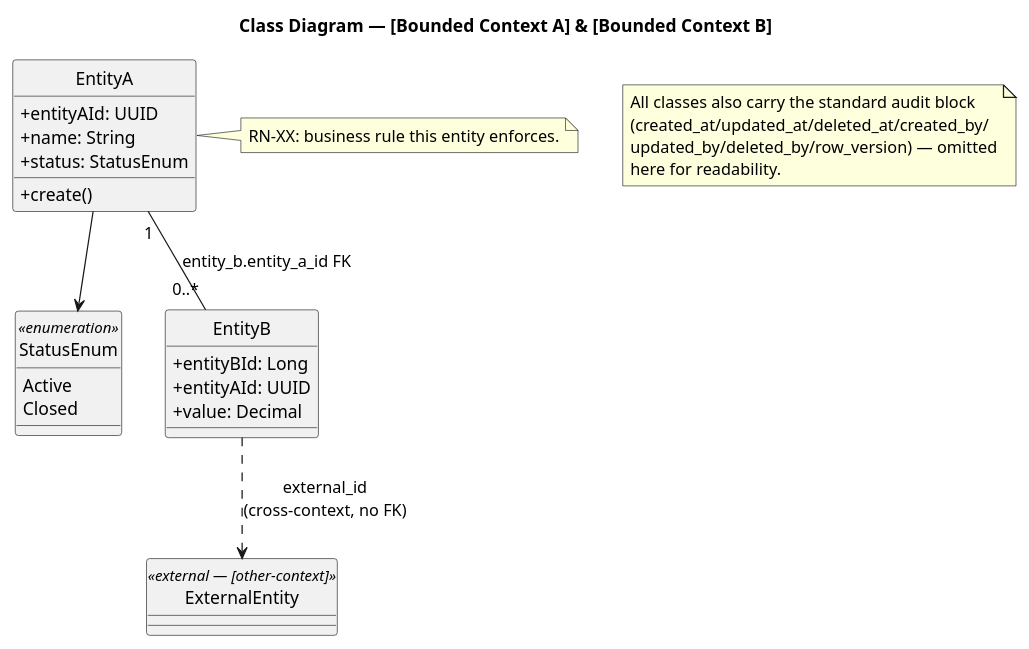
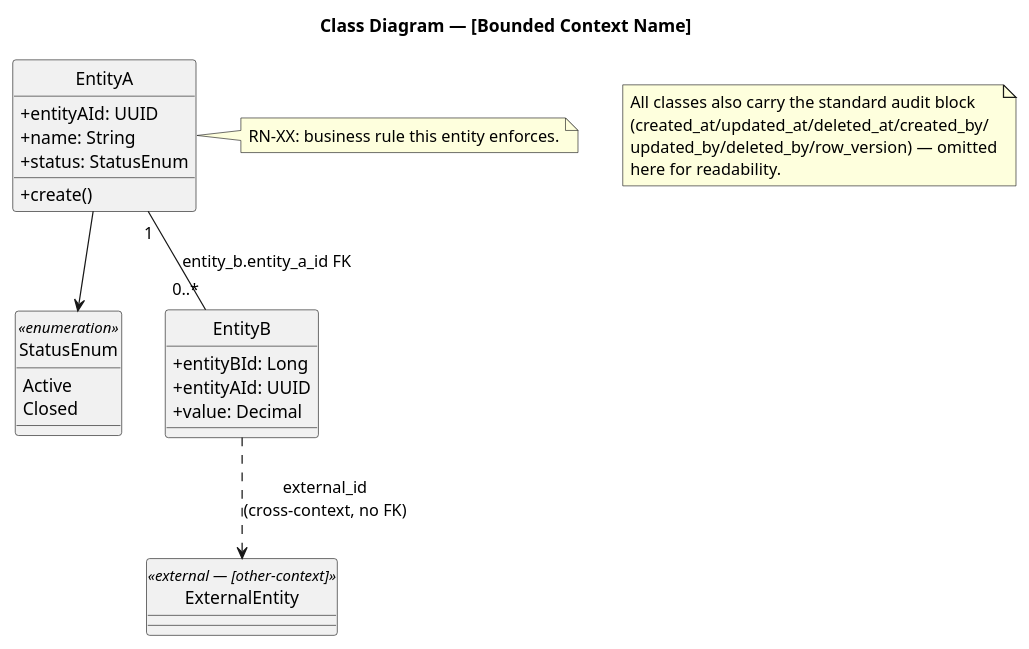
Before and after one commit to code-sena/fae-docs: the fifth of 5 diagrams in 08-uml/diagram-index.md, drawn with PlantUML. The commit also changed other lines of this file and 2 other files, not shown here.

Commit message:
docs(uml): register the 8 per-context class diagrams and fix stale refs

````diff
--- a/08-uml/diagram-index.md
+++ b/08-uml/diagram-index.md
@@ -205,45 +216,45 @@
 ```plantuml
-@startuml cls-[cluster-name]
-title Class Diagram — [Bounded Context A] & [Bounded Context B]
+@startuml cls-[context-name]
+title Class Diagram — [Bounded Context Name]
 
 skinparam classAttributeIconSize 0
 hide circle
 
 class ExternalEntity <<external — [other-context]>> {
 }
 
 enum StatusEnum <<enumeration>> {
   Active
   Closed
 }
 
 class EntityA {
   +entityAId: UUID
   +name: String
   +status: StatusEnum
   +create()
 }
 
 class EntityB {
   +entityBId: Long
   +entityAId: UUID
   +value: Decimal
 }
 
 EntityA "1" -- "0..*" EntityB : entity_b.entity_a_id FK
 EntityA --> StatusEnum
 EntityB ..> ExternalEntity : external_id\n(cross-context, no FK)
 
 note right of EntityA
   RN-XX: business rule this entity enforces.
 end note
 
 note as N1
   All classes also carry the standard audit block
   (created_at/updated_at/deleted_at/created_by/
   updated_by/deleted_by/row_version) — omitted
   here for readability.
 end note
 
 @enduml
 ```
````
